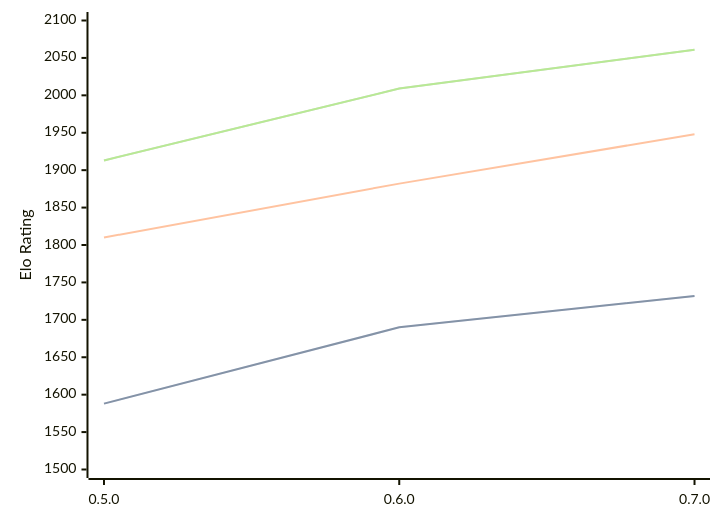
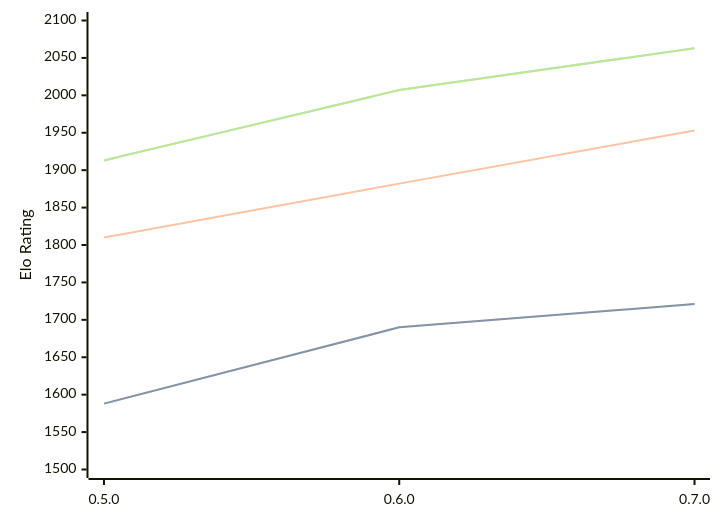
The diagram in engines/Chess-rs.md (computer-chess-index/cci), drawn with Mermaid before and after one commit. The commit also changed other lines of this file, not shown here.

Commit message:
Update CCI Ratings (ELO VLTC) - 2026-03-30

````diff
--- a/engines/Chess-rs.md
+++ b/engines/Chess-rs.md
@@ -41,11 +41,11 @@
 ```mermaid
 %%{init: {"theme":"base","themeVariables":{"seriesColors:['#a3a3a3','#222221','#faa371']}}}%%
 xychart-beta
   x-axis ["0.5.0", "0.6.0", "0.7.0"]
   y-axis "Elo Rating" 1500 --> 2100
-  line "STC (8.0+0.08s)" [1588, 1690, 1732]
-  line "STC (8.0+0.08s)" [1588, 1690, 1732]
-  line "LTC (60.0+0.60s)" [1810, 1882, 1948]
-  line "VLTC (2m24s+1.12s)" [1913, 2009, 2061]
-  line "VLTC (2m24s+1.12s)" [1913, 2009, 2061]
+  line "STC (8.0+0.08s)" [1588, 1690, 1721]
+  line "STC (8.0+0.08s)" [1588, 1690, 1721]
+  line "LTC (60.0+0.60s)" [1810, 1882, 1953]
+  line "VLTC (2m24s+1.12s)" [1913, 2007, 2063]
+  line "VLTC (2m24s+1.12s)" [1913, 2007, 2063]
 ```
````
